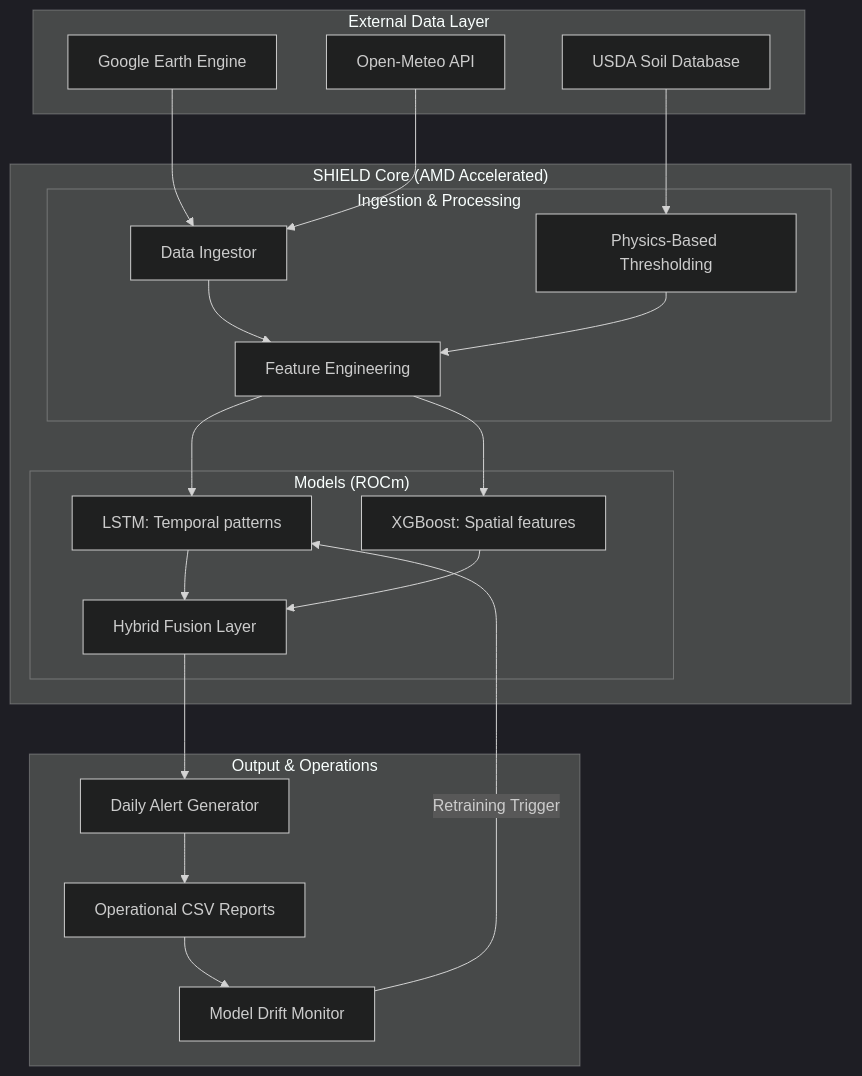
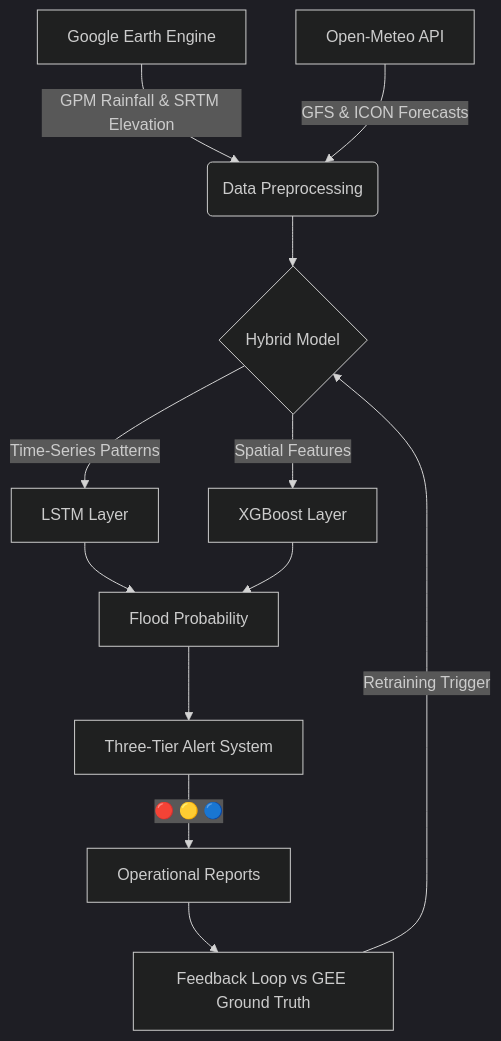
One commit to ALPHA-117/SHIELD changed the second of 4 diagrams in Diagrams.md. Above: the diagram before and after it, drawn with Mermaid (dark theme).

Commit message:
Docs: Refined System Architecture diagram

````diff
--- a/Diagrams.md
+++ b/Diagrams.md
@@ -52,45 +52,14 @@
 ```mermaid
-graph TB
-    subgraph "External Data Layer"
-        GEE[Google Earth Engine]
-        OM[Open-Meteo API]
-        USDA[USDA Soil Database]
-    end
-
-    subgraph "SHIELD Core (AMD Accelerated)"
-        subgraph "Ingestion & Processing"
-            P1[Data Ingestor]
-            P2[Feature Engineering]
-            P3[Physics-Based Thresholding]
-        end
-
-        subgraph "Models (ROCm)"
-            M1[LSTM: Temporal patterns]
-            M2[XGBoost: Spatial features]
-            M3[Hybrid Fusion Layer]
-        end
-    end
-
-    subgraph "Output & Operations"
-        O1[Daily Alert Generator]
-        O2[Operational CSV Reports]
-        O3[Model Drift Monitor]
-    end
-
-    GEE --> P1
-    OM --> P1
-    USDA --> P3
-    
-    P1 --> P2
-    P3 --> P2
-    
-    P2 --> M1
-    P2 --> M2
-    M1 --> M3
-    M2 --> M3
-    
-    M3 --> O1
-    O1 --> O2
-    O2 --> O3
-    O3 -->|Retraining Trigger| M1
+graph TD
+    A[Google Earth Engine] -->|GPM Rainfall & SRTM Elevation| B(Data Preprocessing)
+    C[Open-Meteo API] -->|GFS & ICON Forecasts| B
+    B --> D{Hybrid Model}
+    D -->|Time-Series Patterns| E[LSTM Layer]
+    D -->|Spatial Features| F[XGBoost Layer]
+    E --> G[Flood Probability]
+    F --> G
+    G --> H[Three-Tier Alert System]
+    H -->|🔴 🟡 🔵| I[Operational Reports]
+    I --> J[Feedback Loop vs GEE Ground Truth]
+    J -->|Retraining Trigger| D
 ```
````
